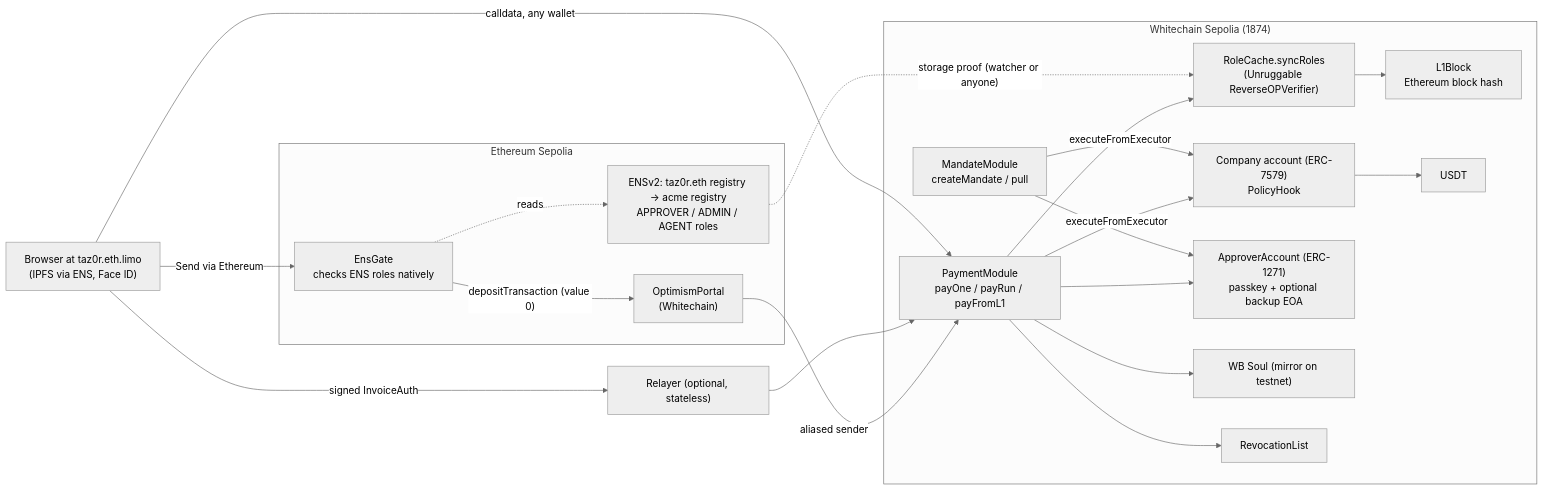
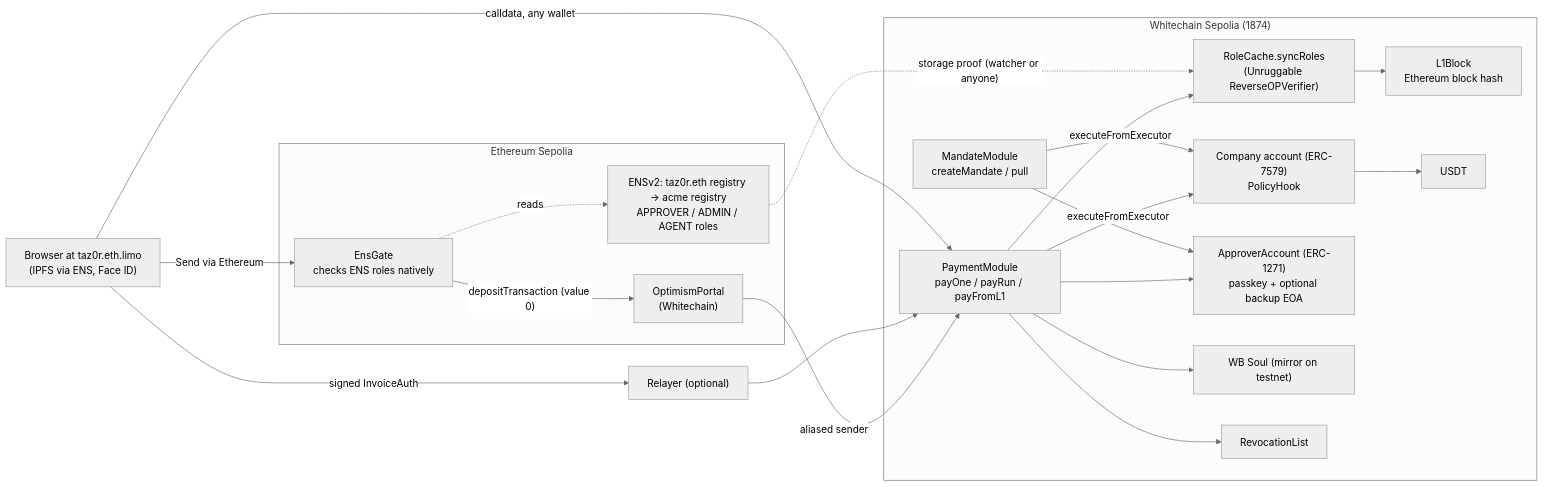
Before and after one commit to charlesms1246/tazor: the diagram in README.md, drawn with Mermaid (neutral theme). The commit also changed other lines of this file, not shown here.

Commit message:
README: label scripted-only revocation mirror, per-instance relayer limits, CROPS C and S

````diff
--- a/README.md
+++ b/README.md
@@ -206,32 +206,32 @@
 ```mermaid
 flowchart LR
   subgraph ETH["Ethereum Sepolia"]
     ENS["ENSv2: taz0r.eth registry → acme registry<br/>APPROVER / ADMIN / AGENT roles"]
     GATE["EnsGate<br/>checks ENS roles natively"]
     PORTAL["OptimismPortal<br/>(Whitechain)"]
     GATE -->|"depositTransaction (value 0)"| PORTAL
     GATE -. reads .-> ENS
   end
   subgraph WC["Whitechain Sepolia (1874)"]
     L1B["L1Block<br/>Ethereum block hash"]
     RC["RoleCache.syncRoles<br/>(Unruggable ReverseOPVerifier)"]
     PM["PaymentModule<br/>payOne / payRun / payFromL1"]
     MM["MandateModule<br/>createMandate / pull"]
     ACC["Company account (ERC-7579)<br/>PolicyHook"]
     APP["ApproverAccount (ERC-1271)<br/>passkey + optional backup EOA"]
     SOUL["WB Soul (mirror on testnet)"]
     REV["RevocationList"]
     USDT["USDT"]
     RC --> L1B
     PM --> APP & SOUL & REV & RC
     MM --> APP
     PM -->|executeFromExecutor| ACC
     MM -->|executeFromExecutor| ACC
     ACC --> USDT
   end
   ENS -. "storage proof (watcher or anyone)" .-> RC
   PORTAL -->|"aliased sender"| PM
-  PHONE["Browser at taz0r.eth.limo<br/>(IPFS via ENS, Face ID)"] -->|"signed InvoiceAuth"| RELAYER["Relayer (optional, stateless)"] --> PM
+  PHONE["Browser at taz0r.eth.limo<br/>(IPFS via ENS, Face ID)"] -->|"signed InvoiceAuth"| RELAYER["Relayer (optional)"] --> PM
   PHONE -->|"calldata, any wallet"| PM
   PHONE -->|"Send via Ethereum"| GATE
 ```
````
